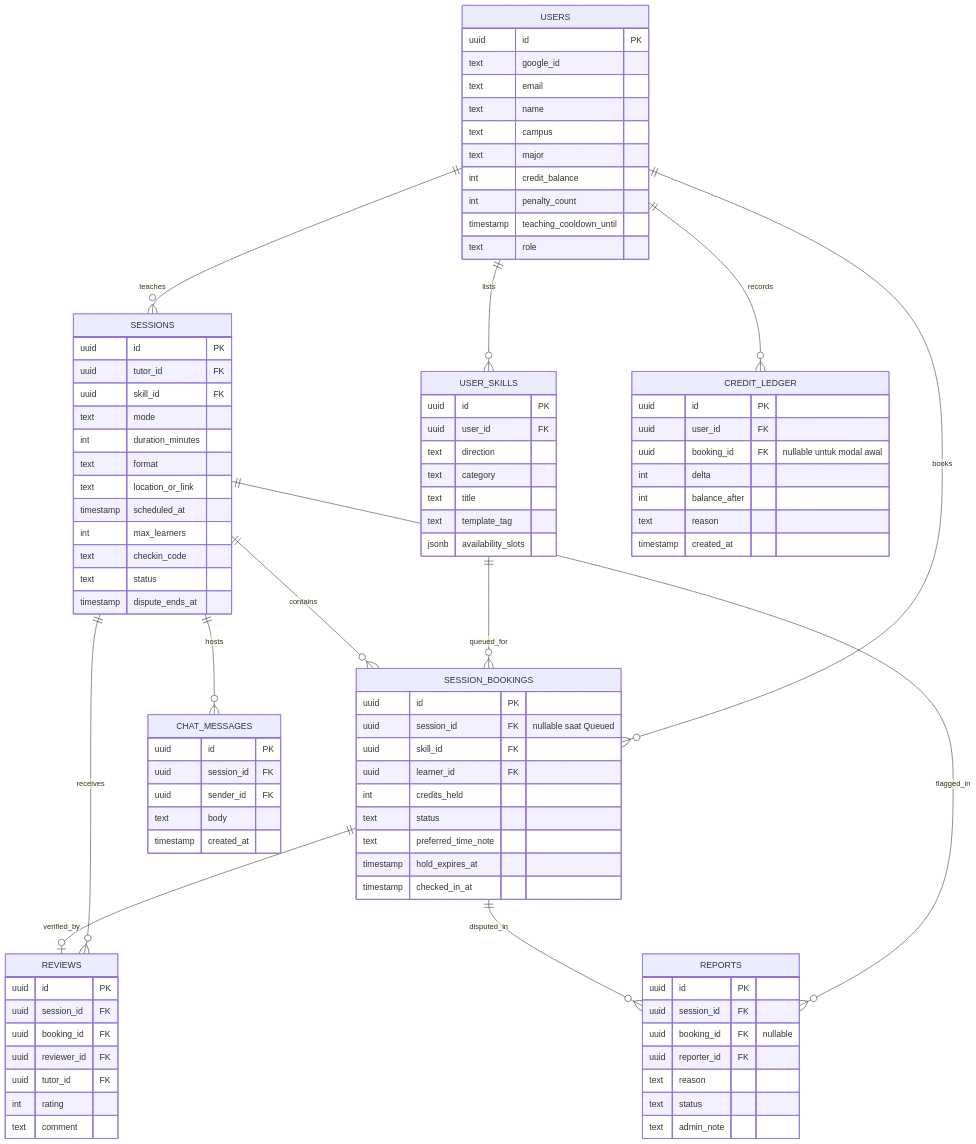
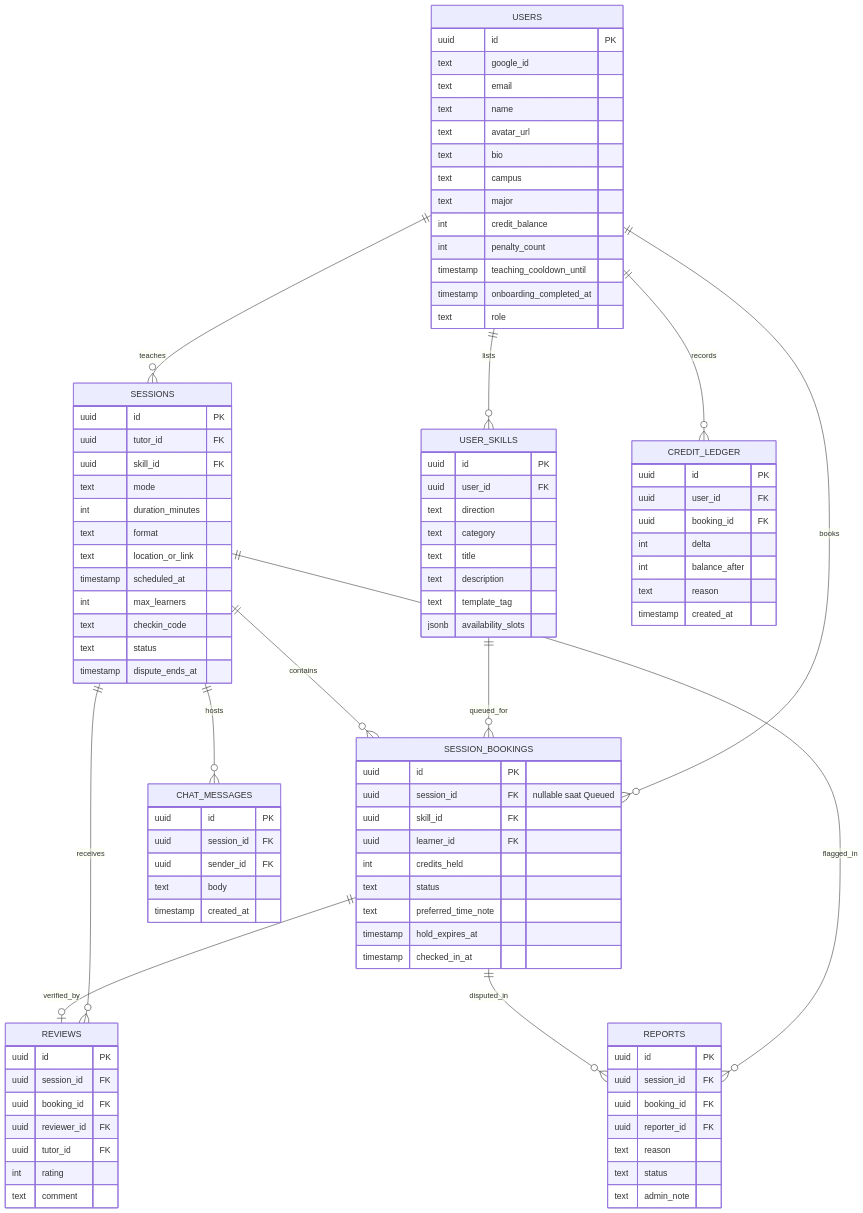
One commit to efracode/Hackathon-SkillBarter changed the third of 3 diagrams in PRD_SkillBarter.md. Above: the diagram before and after it, drawn with Mermaid. The commit also changed other lines of this file and 19 other files, not shown here.

```diff
--- a/PRD_SkillBarter.md
+++ b/PRD_SkillBarter.md
@@ -173,11 +164,14 @@
         text google_id
         text email
         text name
+        text avatar_url
+        text bio
         text campus
         text major
         int credit_balance
         int penalty_count
         timestamp teaching_cooldown_until
+        timestamp onboarding_completed_at
         text role
     }
     USER_SKILLS {
@@ -186,6 +180,7 @@
         text direction
         text category
         text title
+        text description
         text template_tag
         jsonb availability_slots
     }
@@ -217,7 +212,7 @@
     CREDIT_LEDGER {
         uuid id PK
         uuid user_id FK
-        uuid booking_id FK "nullable untuk modal awal"
+        uuid booking_id FK
         int delta
         int balance_after
         text reason
@@ -242,7 +237,7 @@
     REPORTS {
         uuid id PK
         uuid session_id FK
-        uuid booking_id FK "nullable"
+        uuid booking_id FK
         uuid reporter_id FK
         text reason
         text status
```
